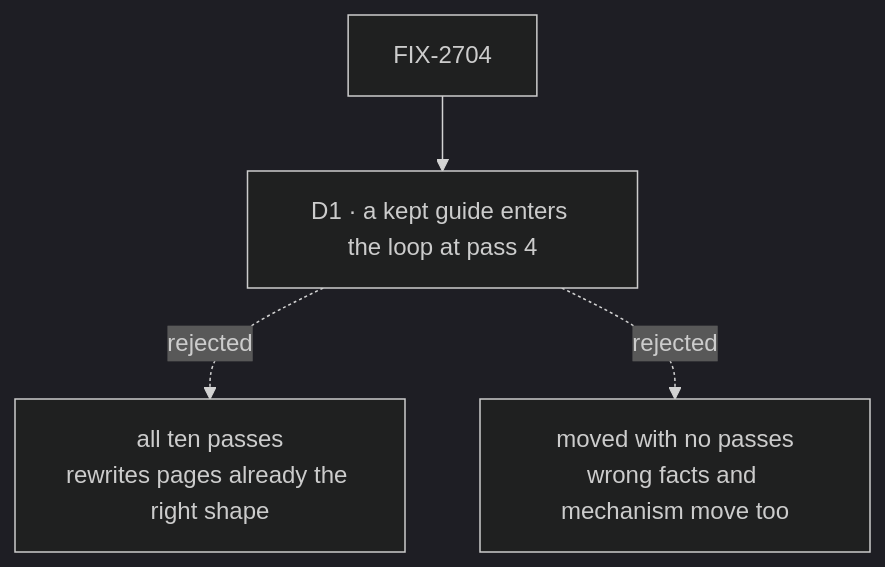
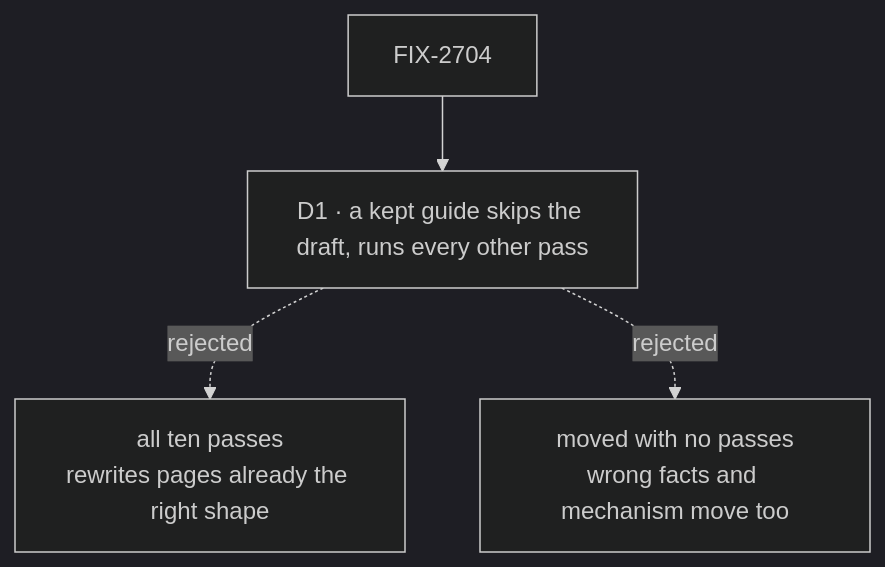
Before and after one commit to fixpoint-labs/flow-state-dev: the diagram in specs/issues/FIX-2704/DECISIONS.md, drawn with Mermaid (dark theme). The commit also changed other lines of this file and 13 other files, not shown here.

````diff
--- a/specs/issues/FIX-2704/DECISIONS.md
+++ b/specs/issues/FIX-2704/DECISIONS.md
@@ -9,6 +9,6 @@
 ```mermaid
 flowchart TD
-  I["FIX-2704"] --> D1["D1 · a kept guide enters the loop at pass 4"]
+  I["FIX-2704"] --> D1["D1 · a kept guide skips the draft, runs every other pass"]
   D1 -.->|"rejected"| X1["all ten passes<br/>rewrites pages already the right shape"]
   D1 -.->|"rejected"| X2["moved with no passes<br/>wrong facts and mechanism move too"]
 ```
````
